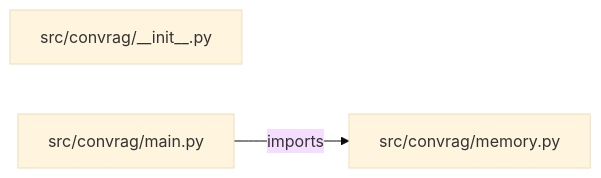
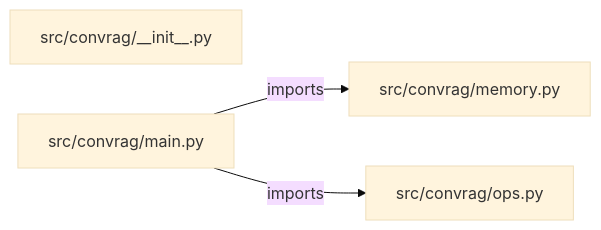
One commit to iarsingh/conversational-rag-with-memory changed the diagram in PROJECT_ARCHITECTURE.md. Above: the diagram before and after it, drawn with Mermaid (base theme). The commit also changed other lines of this file and 2 other files, not shown here.

Commit message:
Refresh architecture and interview guides from current implementation

````diff
--- a/PROJECT_ARCHITECTURE.md
+++ b/PROJECT_ARCHITECTURE.md
@@ -13,7 +13,9 @@
 ```mermaid
 flowchart LR
     M0["src/convrag/__init__.py"]
     M1["src/convrag/main.py"]
     M2["src/convrag/memory.py"]
+    M3["src/convrag/ops.py"]
     M1 -->|imports| M2
+    M1 -->|imports| M3
 ```
````
